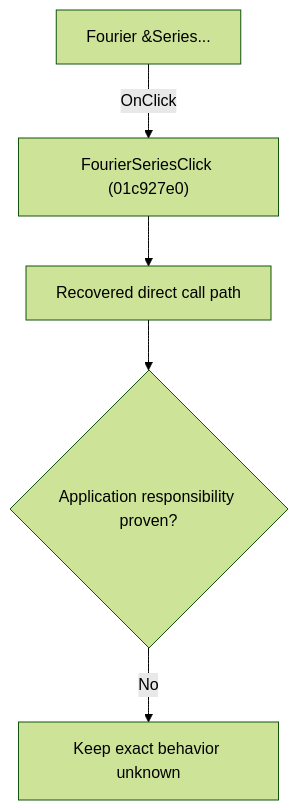
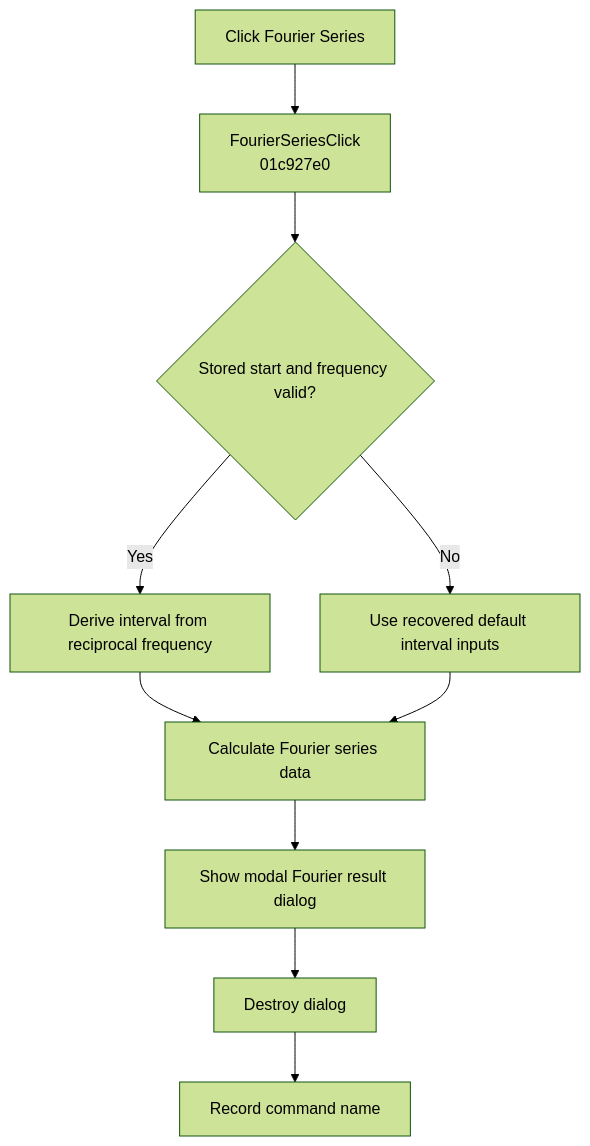
One commit to MovGP0/TIARA changed the diagram in docs/ui-controls/schematiceditor/fourierseries-4e45846760.md. Above: the diagram before and after it, drawn with Mermaid (forest theme). The commit also changed other lines of this file and 241 other files, not shown here.

````diff
--- a/docs/ui-controls/schematiceditor/fourierseries-4e45846760.md
+++ b/docs/ui-controls/schematiceditor/fourierseries-4e45846760.md
@@ -27,7 +29,12 @@
 ```mermaid
 flowchart TD
-    control["Fourier &Series..."] -->|"OnClick"| handler["FourierSeriesClick (01c927e0)"]
-    handler --> recovered["Recovered direct call path"]
-    recovered --> gap{"Application responsibility proven?"}
-    gap -->|"No"| blocked["Keep exact behavior unknown"]
+    control["Click Fourier Series"] --> handler["FourierSeriesClick<br/>01c927e0"]
+    handler --> interval{"Stored start and frequency valid?"}
+    interval -->|Yes| derived["Derive interval from reciprocal frequency"]
+    interval -->|No| defaults["Use recovered default interval inputs"]
+    derived --> calculate["Calculate Fourier series data"]
+    defaults --> calculate
+    calculate --> dialog["Show modal Fourier result dialog"]
+    dialog --> destroy["Destroy dialog"]
+    destroy --> record["Record command name"]
 ```
````
